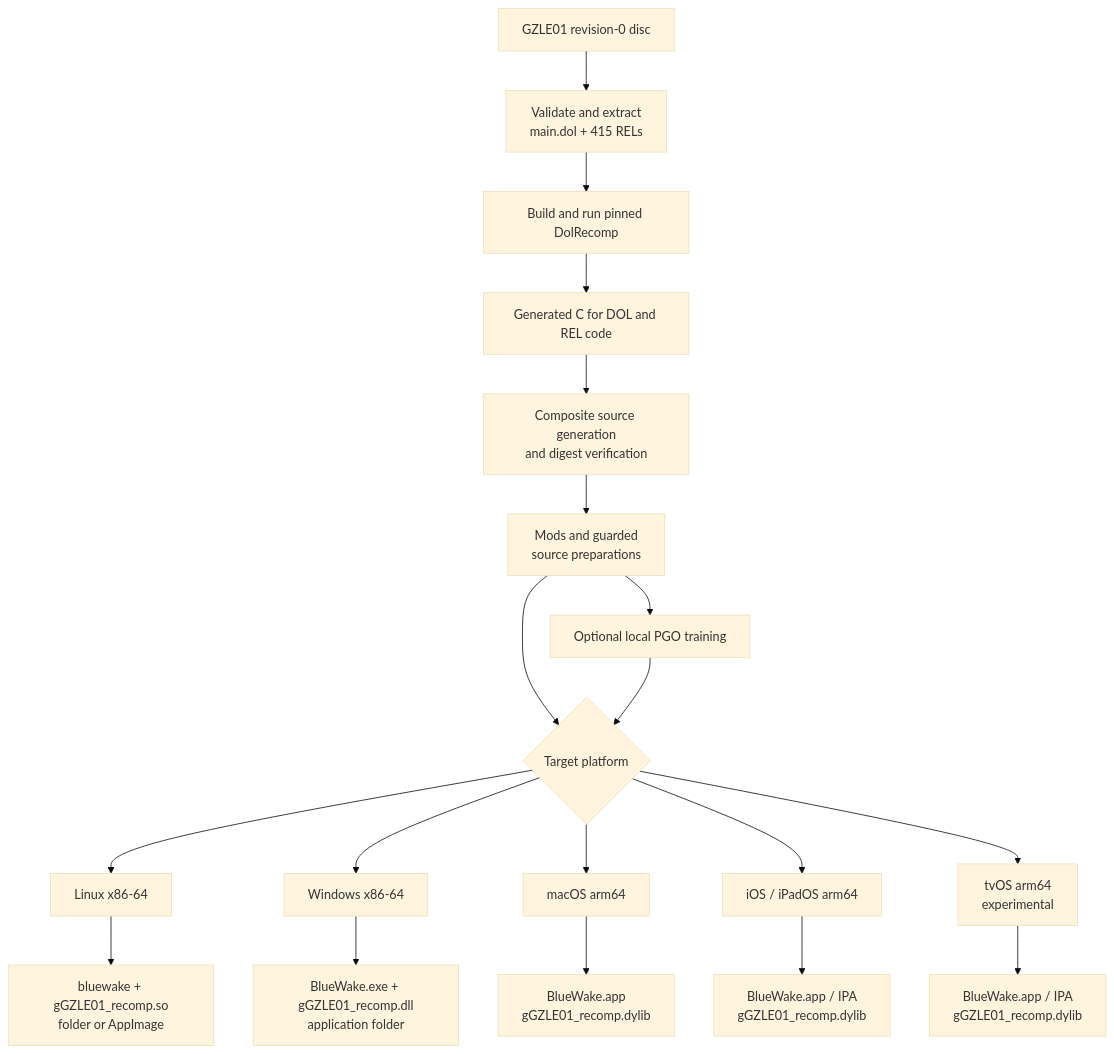
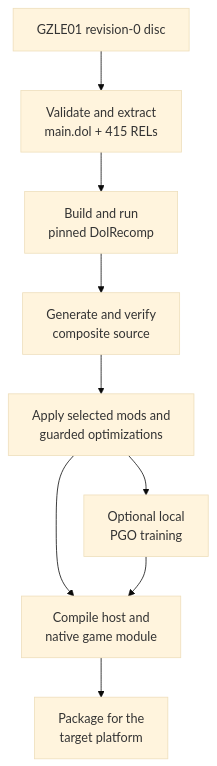
One commit to Aelbannan/boat_of_daphnes changed the diagram in docs/architecture/Build.md. Above: the diagram before and after it, drawn with Mermaid (base theme). The commit also changed other lines of this file and 3 other files, not shown here.

````diff
--- a/docs/architecture/Build.md
+++ b/docs/architecture/Build.md
@@ -30,31 +28,14 @@
 ```mermaid
 flowchart TD
     Disc["GZLE01 revision-0 disc"]
     Extract["Validate and extract<br/>main.dol + 415 RELs"]
-    DolRecomp["Build and run pinned DolRecomp"]
-    Translation["Generated C for DOL and REL code"]
-    Composite["Composite source generation<br/>and digest verification"]
-    Prepare["Mods and guarded<br/>source preparations"]
-    PGO["Optional local PGO training"]
-    Target{"Target platform"}
+    Translate["Build and run<br/>pinned DolRecomp"]
+    Composite["Generate and verify<br/>composite source"]
+    Prepare["Apply selected mods and<br/>guarded optimizations"]
+    PGO["Optional local<br/>PGO training"]
+    Compile["Compile host and<br/>native game module"]
+    Package["Package for the<br/>target platform"]
 
-    Linux["Linux x86-64"]
-    Windows["Windows x86-64"]
-    Mac["macOS arm64"]
-    IOS["iOS / iPadOS arm64"]
-    TVOS["tvOS arm64<br/>experimental"]
-
-    LinuxOut["bluewake + gGZLE01_recomp.so<br/>folder or AppImage"]
-    WindowsOut["BlueWake.exe + gGZLE01_recomp.dll<br/>application folder"]
-    MacOut["BlueWake.app<br/>gGZLE01_recomp.dylib"]
-    IOSOut["BlueWake.app / IPA<br/>gGZLE01_recomp.dylib"]
-    TVOSOut["BlueWake.app / IPA<br/>gGZLE01_recomp.dylib"]
-
-    Disc --> Extract --> DolRecomp --> Translation --> Composite --> Prepare --> Target
-    Prepare --> PGO --> Target
-    Target --> Linux --> LinuxOut
-    Target --> Windows --> WindowsOut
-    Target --> Mac --> MacOut
-    Target --> IOS --> IOSOut
-    Target --> TVOS --> TVOSOut
+    Disc --> Extract --> Translate --> Composite --> Prepare --> Compile --> Package
+    Prepare --> PGO --> Compile
 ```
````
